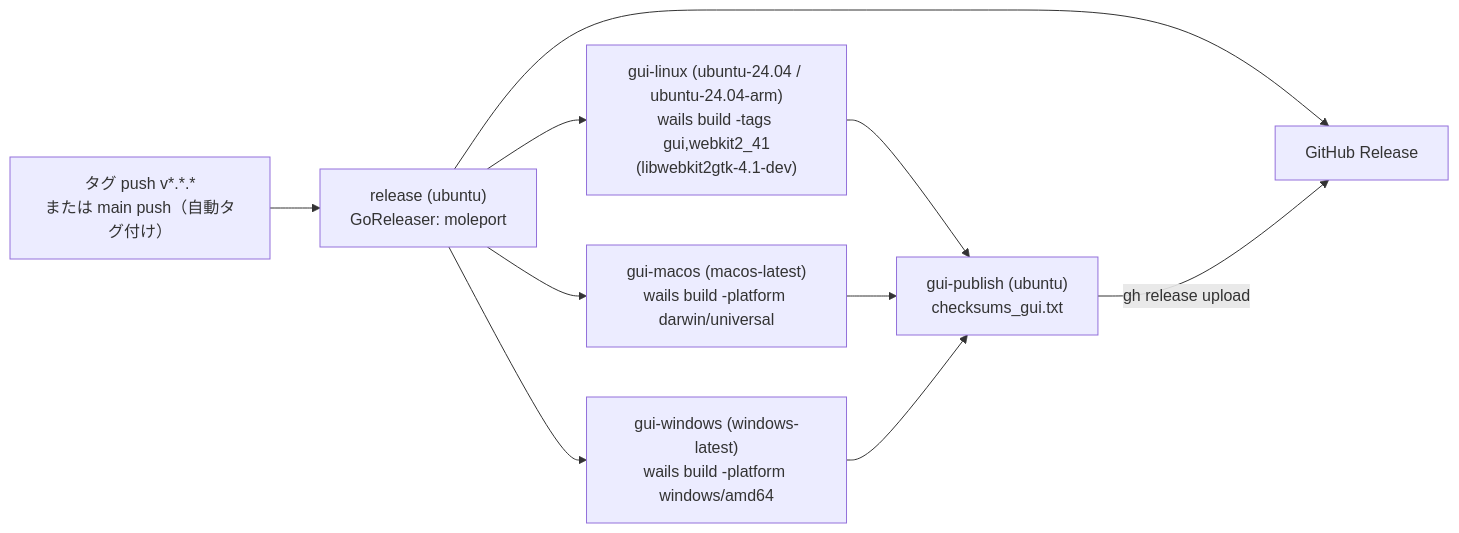
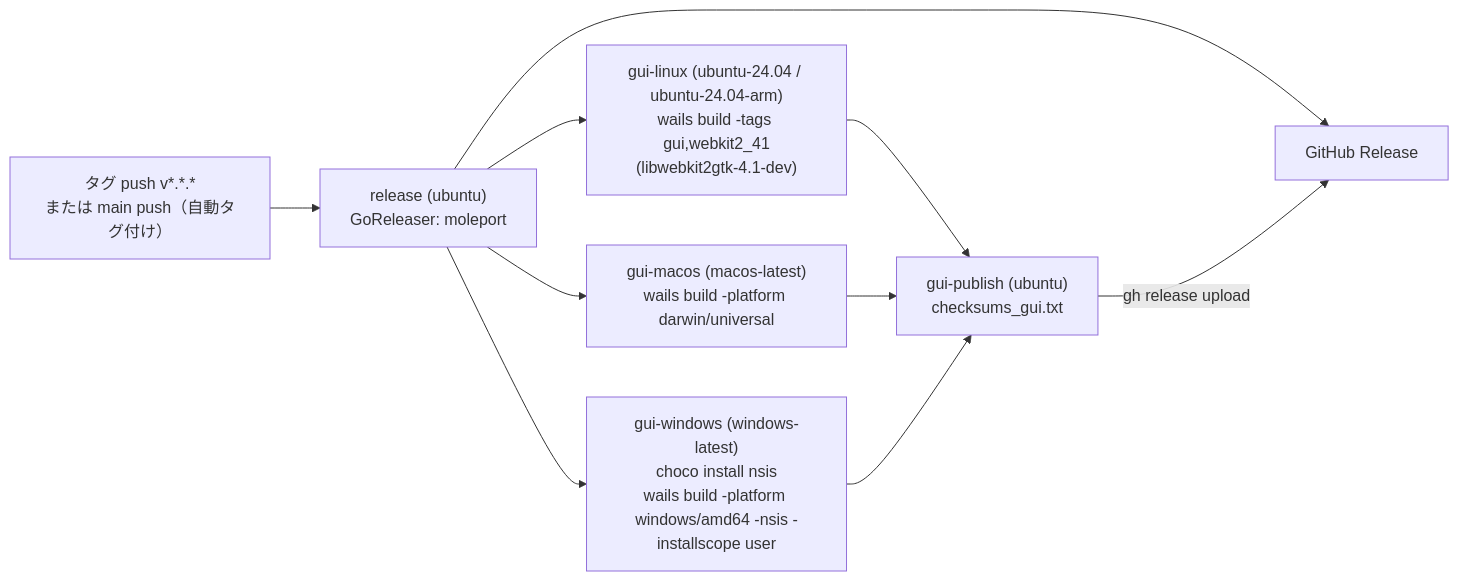
The seventh of 7 diagrams in docs/architecture/gui.md (ousiassllc/MolePort), drawn with Mermaid before and after one commit. The commit also changed other lines of this file and 10 other files, not shown here.

Commit message:
feat: Windows 向け GUI の配布を zip からユーザー単位の NSIS インストーラーに変更

````diff
--- a/docs/architecture/gui.md
+++ b/docs/architecture/gui.md
@@ -449,12 +449,12 @@
 ```mermaid
 flowchart LR
     Tag["タグ push v*.*.*<br/>または main push（自動タグ付け）"] --> GR["release (ubuntu)<br/>GoReleaser: moleport"]
     GR --> GL["gui-linux (ubuntu-24.04 / ubuntu-24.04-arm)<br/>wails build -tags gui,webkit2_41<br/>(libwebkit2gtk-4.1-dev)"]
     GR --> GM["gui-macos (macos-latest)<br/>wails build -platform darwin/universal"]
-    GR --> GW["gui-windows (windows-latest)<br/>wails build -platform windows/amd64"]
+    GR --> GW["gui-windows (windows-latest)<br/>choco install nsis<br/>wails build -platform windows/amd64 -nsis -installscope user"]
     GL --> Pack["gui-publish (ubuntu)<br/>checksums_gui.txt"]
     GM --> Pack
     GW --> Pack
     GR --> Rel["GitHub Release"]
     Pack -->|"gh release upload"| Rel
 ```
````
